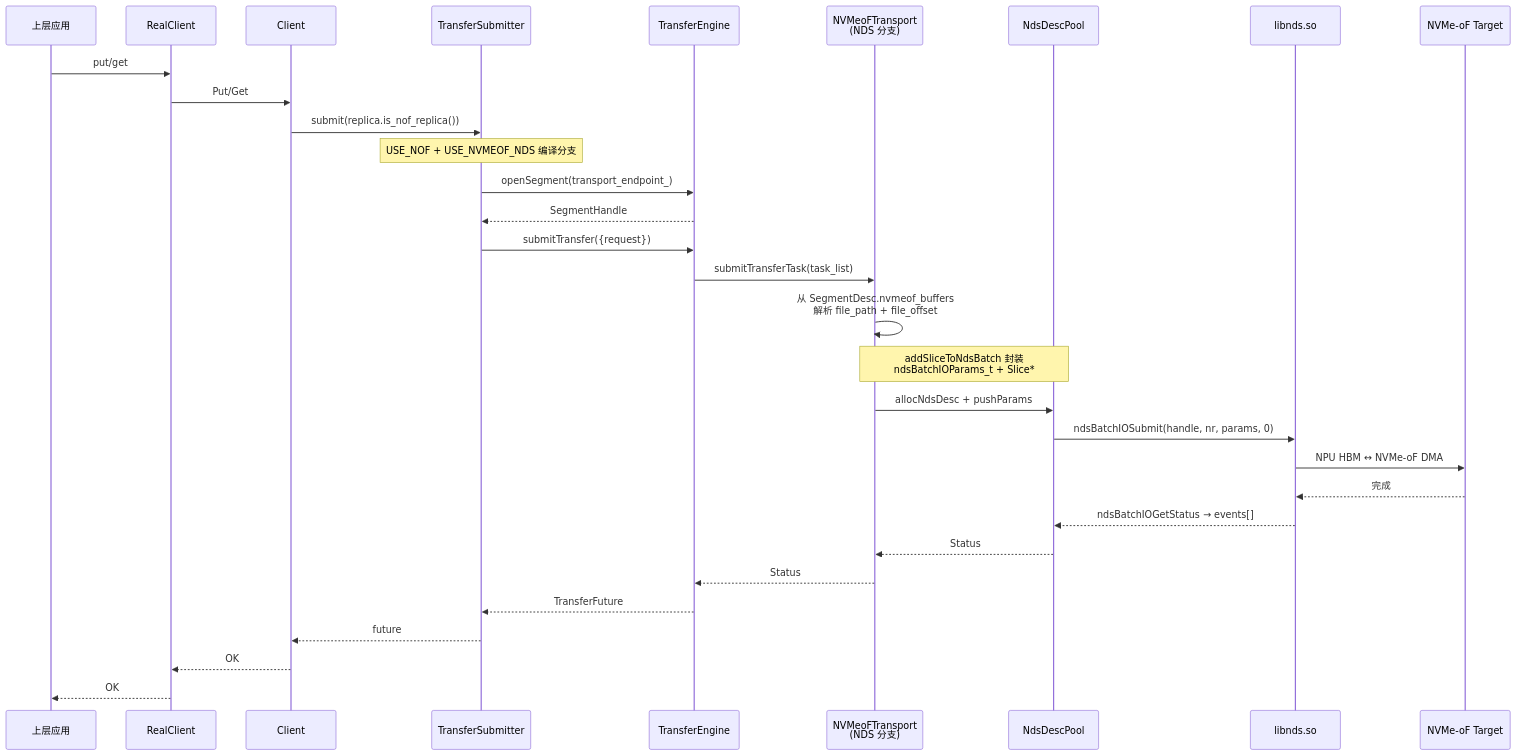
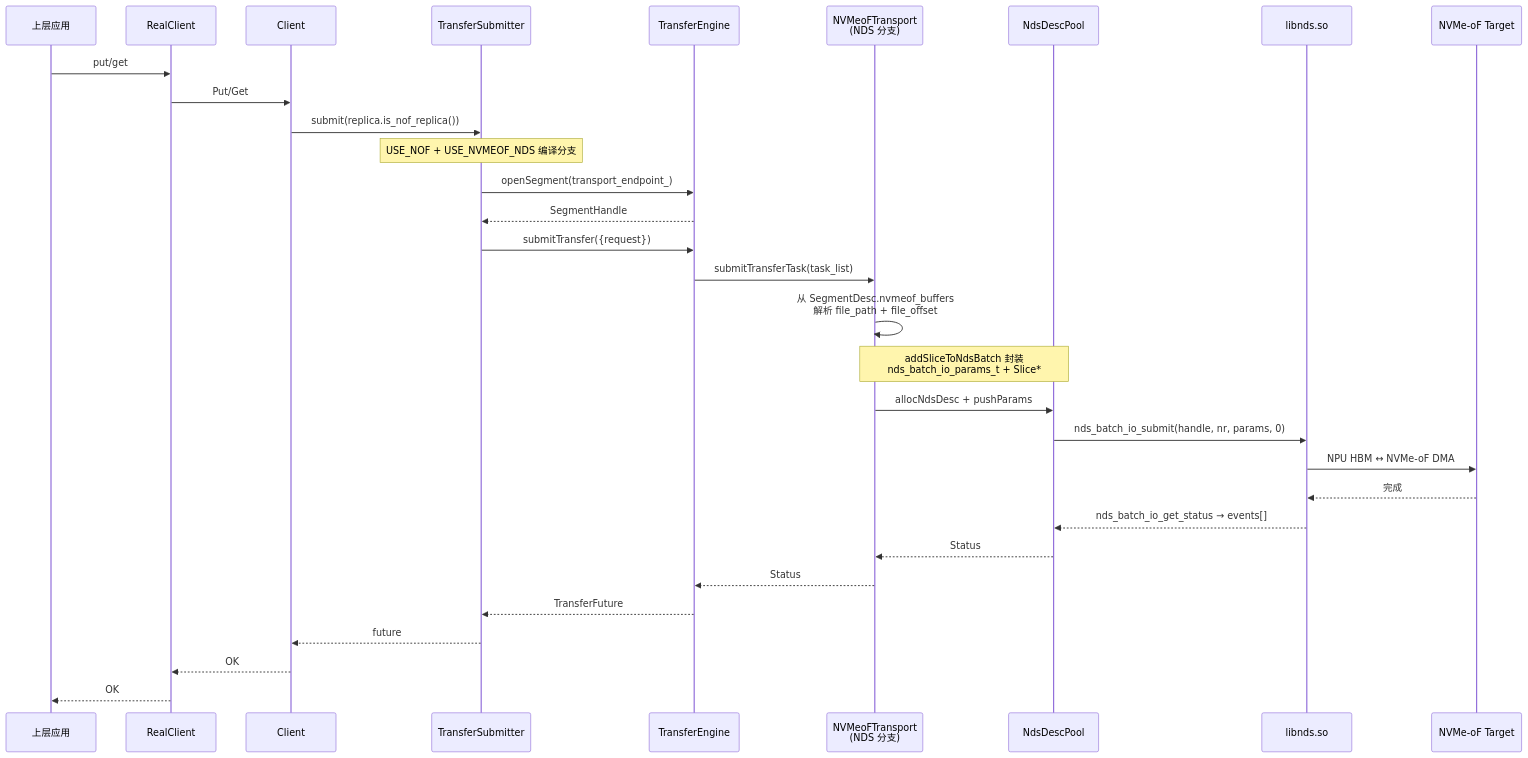
One commit to yz53665/Mooncake changed diagram 17 of 17 in docs/rfc-nds-nvmeof-transport-cn.md. Above: the diagram before and after it, drawn with Mermaid. The commit also changed other lines of this file, not shown here.

````diff
--- a/docs/rfc-nds-nvmeof-transport-cn.md
+++ b/docs/rfc-nds-nvmeof-transport-cn.md
@@ -730,34 +733,34 @@
 ```mermaid
 sequenceDiagram
     participant App as 上层应用
     participant RC as RealClient
     participant C as Client
     participant TS as TransferSubmitter
     participant TE as TransferEngine
     participant NVT as NVMeoFTransport<br/>(NDS 分支)
     participant NdsBatch as NdsDescPool
     participant NDS as libnds.so
     participant TGT as NVMe-oF Target
 
     App->>RC: put/get
     RC->>C: Put/Get
     C->>TS: submit(replica.is_nof_replica())
     Note over TS: USE_NOF + USE_NVMEOF_NDS 编译分支
     TS->>TE: openSegment(transport_endpoint_)
     TE-->>TS: SegmentHandle
     TS->>TE: submitTransfer({request})
     TE->>NVT: submitTransferTask(task_list)
     NVT->>NVT: 从 SegmentDesc.nvmeof_buffers<br/>解析 file_path + file_offset
-    Note over NVT,NdsBatch: addSliceToNdsBatch 封装<br/>ndsBatchIOParams_t + Slice*
+    Note over NVT,NdsBatch: addSliceToNdsBatch 封装<br/>nds_batch_io_params_t + Slice*
     NVT->>NdsBatch: allocNdsDesc + pushParams
-    NdsBatch->>NDS: ndsBatchIOSubmit(handle, nr, params, 0)
+    NdsBatch->>NDS: nds_batch_io_submit(handle, nr, params, 0)
     NDS->>TGT: NPU HBM ↔ NVMe-oF DMA
     TGT-->>NDS: 完成
-    NDS-->>NdsBatch: ndsBatchIOGetStatus → events[]
+    NDS-->>NdsBatch: nds_batch_io_get_status → events[]
     NdsBatch-->>NVT: Status
     NVT-->>TE: Status
     TE-->>TS: TransferFuture
     TS-->>C: future
     C-->>RC: OK
     RC-->>App: OK
 ```
````
